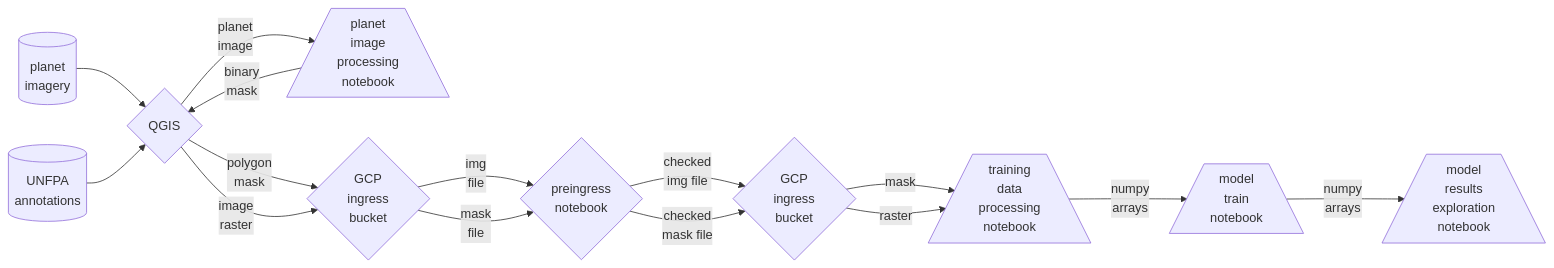
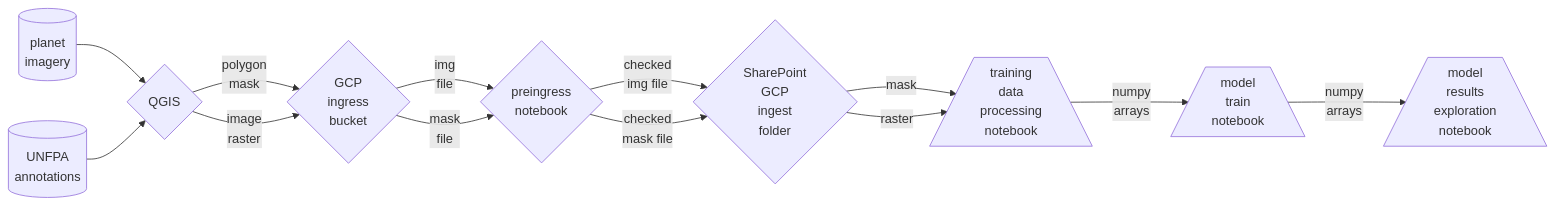
One commit to datasciencecampus/somalia_census_support_public_application changed the diagram in README.md. Above: the diagram before and after it, drawn with Mermaid.

Commit message:
Update README.md
removed  "planet image processing notebook" node from workflow and added link to sharepoint GCP ingress folder

````diff
--- a/README.md
+++ b/README.md
@@ -26,18 +26,15 @@
 ```mermaid
 flowchart LR
     id1[(planet<br>imagery)]-->id3{QGIS}
     id2[(UNFPA<br>annotations)] -->id3{QGIS}
-    id3{QGIS}-->|planet<br>image|id4[/planet<br>image<br>processing<br>notebook\]
-    id4[/planet<br>image<br>processing<br>notebook\]-->|binary<br>mask|id3{QGIS}
     id3{QGIS}-->|polygon<br>mask|id5{GCP<br>ingress<br>bucket}
     id3{QGIS}-->|image<br>raster|id5{GCP<br>ingress<br>bucket}
     id5{GCP<br>ingress<br>bucket}-->|img<br>file|id6{preingress<br>notebook}
     id5{GCP<br>ingress<br>bucket}-->|mask<br>file|id6{preingress<br>notebook}
-    id6{preingress<br>notebook}-->|checked<br>img file|id7{GCP<br>ingress<br>bucket}
-    id6{preingress<br>notebook}-->|checked<br>mask file|id7{GCP<br>ingress<br>bucket}
-    id7{GCP<br>ingress<br>bucket}-->|mask|id8[/training<br>data<br>processing<br>notebook\]
-    id7{GCP<br>ingress<br>bucket}-->|raster|id8[/training<br>data<br>processing<br>notebook\]
+    id6{preingress<br>notebook}-->|checked<br>img file|id7{SharePoint<br>GCP<br>ingest<br>folder}
+    id6{preingress<br>notebook}-->|checked<br>mask file|id7{SharePoint<br>GCP<br>ingest<br>folder}
+    id7{SharePoint<br>GCP<br>ingest<br>folder}-->|mask|id8[/training<br>data<br>processing<br>notebook\]
+    id7{SharePoint<br>GCP<br>ingest<br>folder}-->|raster|id8[/training<br>data<br>processing<br>notebook\]
     id8[/training<br>data<br>processing<br>notebook\]-->|numpy<br>arrays|id9[/model<br>train<br>notebook\]
     id9[/model<br>train<br>notebook\]-->|numpy<br>arrays|id10[/model<br>results<br>exploration<br>notebook\]
-
 ```
````
